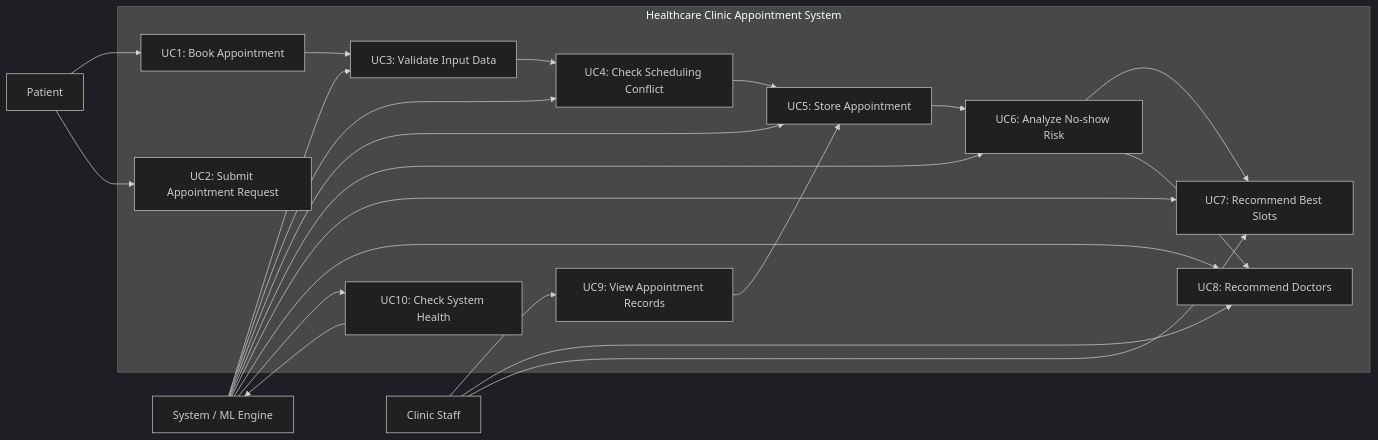
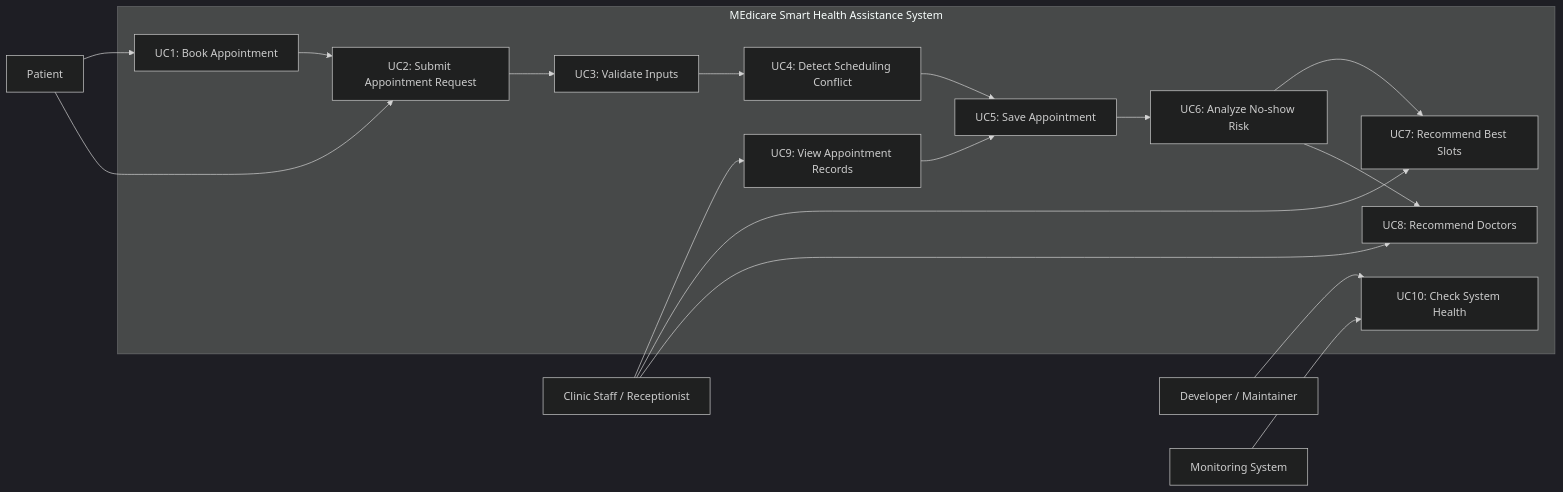
Before and after one commit to ALOK2458/helthcare-clinic: the first of 2 diagrams in UML-Use-Case-Diagram.md, drawn with Mermaid (dark theme). The commit also changed other lines of this file and 1 other file, not shown here.

Commit message:
Update SRS and UML documentation

````diff
--- a/UML-Use-Case-Diagram.md
+++ b/UML-Use-Case-Diagram.md
@@ -5,44 +13,39 @@
 ```mermaid
 flowchart LR
     actorPatient[Patient]
-    actorStaff[Clinic Staff]
-    actorSystem[System / ML Engine]
+    actorStaff[Clinic Staff / Receptionist]
+    actorDev[Developer / Maintainer]
+    actorMonitor[Monitoring System]
 
-    subgraph HealthcareClinic[Healthcare Clinic Appointment System]
+    subgraph System[MEdicare Smart Health Assistance System]
         UC1[UC1: Book Appointment]
         UC2[UC2: Submit Appointment Request]
-        UC3[UC3: Validate Input Data]
-        UC4[UC4: Check Scheduling Conflict]
-        UC5[UC5: Store Appointment]
+        UC3[UC3: Validate Inputs]
+        UC4[UC4: Detect Scheduling Conflict]
+        UC5[UC5: Save Appointment]
         UC6[UC6: Analyze No-show Risk]
         UC7[UC7: Recommend Best Slots]
         UC8[UC8: Recommend Doctors]
         UC9[UC9: View Appointment Records]
         UC10[UC10: Check System Health]
     end
 
     actorPatient --> UC1
     actorPatient --> UC2
 
     actorStaff --> UC9
+    actorStaff --> UC7
     actorStaff --> UC8
-    actorStaff --> UC7
 
-    actorSystem --> UC3
-    actorSystem --> UC4
-    actorSystem --> UC5
-    actorSystem --> UC6
-    actorSystem --> UC7
-    actorSystem --> UC8
-    actorSystem --> UC10
+    actorDev --> UC10
+    actorMonitor --> UC10
 
-    UC1 --> UC3
+    UC1 --> UC2
+    UC2 --> UC3
     UC3 --> UC4
     UC4 --> UC5
     UC5 --> UC6
     UC6 --> UC7
     UC6 --> UC8
-
     UC9 --> UC5
-    UC10 --> actorSystem
 ```
````
